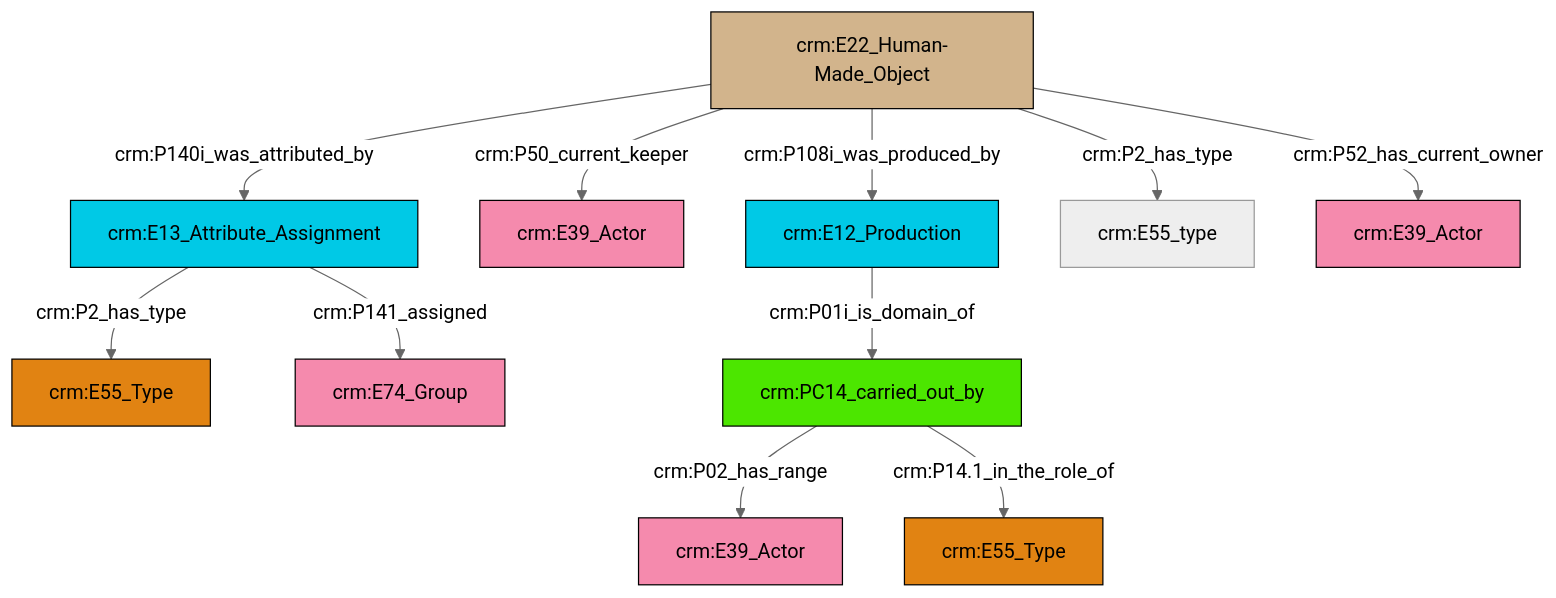
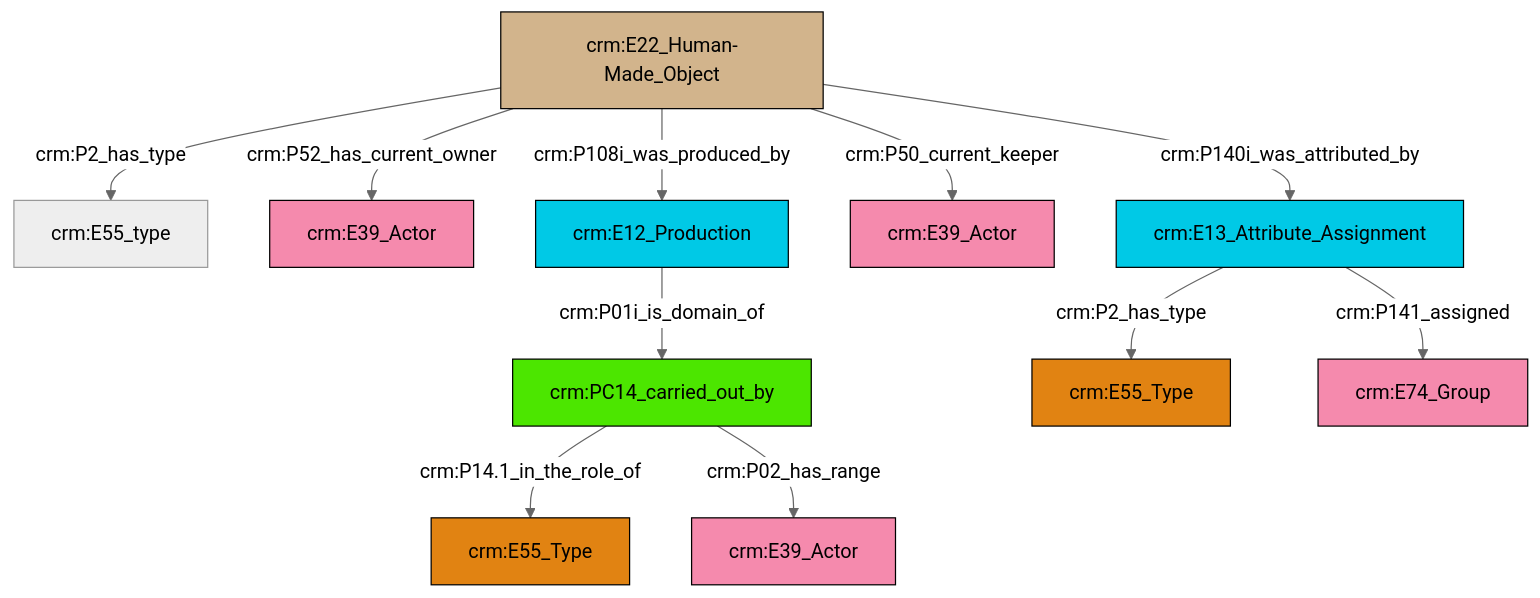
One commit to swiss-art-research-net/reference-data-models changed the diagram in et/artworkCSV/ttl/mmd/Artwork_Actor_Relations.ttl.mmd. Above: the diagram before and after it, drawn with Mermaid (neutral theme). The commit also changed 126 other files, not shown here.

```diff
--- a/et/artworkCSV/ttl/mmd/Artwork_Actor_Relations.ttl.mmd
+++ b/et/artworkCSV/ttl/mmd/Artwork_Actor_Relations.ttl.mmd
@@ -1,25 +1,25 @@
 graph TD
 classDef Literal fill:#f2f2f2,stroke:#000000;
 classDef CRM_Entity fill:#FFFFFF,stroke:#000000;
 classDef Temporal_Entity fill:#00C9E6, stroke:#000000;
 classDef Type fill:#E18312, stroke:#000000;
 classDef Time-Span fill:#2C9C91, stroke:#000000;
 classDef Appellation fill:#FFEB7F, stroke:#000000;
 classDef Place fill:#008836, stroke:#000000;
 classDef Persistent_Item fill:#B266B2, stroke:#000000;
 classDef Conceptual_Object fill:#FFD700, stroke:#000000;
 classDef Physical_Thing fill:#D2B48C, stroke:#000000;
 classDef Actor fill:#f58aad, stroke:#000000;
 classDef PC_Classes fill:#4ce600, stroke:#000000;
 classDef Multi fill:#cccccc,stroke:#000000;
 
-5["crm:E22_Human-Made_Object"]:::Physical_Thing -->|crm:P140i_was_attributed_by| 3["crm:E13_Attribute_Assignment"]:::Temporal_Entity
-5["crm:E22_Human-Made_Object"]:::Physical_Thing -->|crm:P50_current_keeper| 6["crm:E39_Actor"]:::Actor
-3["crm:E13_Attribute_Assignment"]:::Temporal_Entity -->|crm:P141_assigned| 10["crm:E74_Group"]:::Actor
-5["crm:E22_Human-Made_Object"]:::Physical_Thing -->|crm:P108i_was_produced_by| 11["crm:E12_Production"]:::Temporal_Entity
-5["crm:E22_Human-Made_Object"]:::Physical_Thing -->|crm:P2_has_type| 15["crm:E55_type"]:::Default
-3["crm:E13_Attribute_Assignment"]:::Temporal_Entity -->|crm:P2_has_type| 0["crm:E55_Type"]:::Type
-11["crm:E12_Production"]:::Temporal_Entity -->|crm:P01i_is_domain_of| 12["crm:PC14_carried_out_by"]:::PC_Classes
-12["crm:PC14_carried_out_by"]:::PC_Classes -->|crm:P02_has_range| 7["crm:E39_Actor"]:::Actor
-5["crm:E22_Human-Made_Object"]:::Physical_Thing -->|crm:P52_has_current_owner| 21["crm:E39_Actor"]:::Actor
-12["crm:PC14_carried_out_by"]:::PC_Classes -->|crm:P14.1_in_the_role_of| 16["crm:E55_Type"]:::Type
+2["crm:E22_Human-Made_Object"]:::Physical_Thing -->|crm:P2_has_type| 3["crm:E55_type"]:::Default
+2["crm:E22_Human-Made_Object"]:::Physical_Thing -->|crm:P52_has_current_owner| 4["crm:E39_Actor"]:::Actor
+6["crm:PC14_carried_out_by"]:::PC_Classes -->|crm:P14.1_in_the_role_of| 7["crm:E55_Type"]:::Type
+11["crm:E13_Attribute_Assignment"]:::Temporal_Entity -->|crm:P2_has_type| 9["crm:E55_Type"]:::Type
+2["crm:E22_Human-Made_Object"]:::Physical_Thing -->|crm:P50_current_keeper| 12["crm:E39_Actor"]:::Actor
+14["crm:E12_Production"]:::Temporal_Entity -->|crm:P01i_is_domain_of| 6["crm:PC14_carried_out_by"]:::PC_Classes
+2["crm:E22_Human-Made_Object"]:::Physical_Thing -->|crm:P108i_was_produced_by| 14["crm:E12_Production"]:::Temporal_Entity
+2["crm:E22_Human-Made_Object"]:::Physical_Thing -->|crm:P140i_was_attributed_by| 11["crm:E13_Attribute_Assignment"]:::Temporal_Entity
+11["crm:E13_Attribute_Assignment"]:::Temporal_Entity -->|crm:P141_assigned| 15["crm:E74_Group"]:::Actor
+6["crm:PC14_carried_out_by"]:::PC_Classes -->|crm:P02_has_range| 0["crm:E39_Actor"]:::Actor
```
